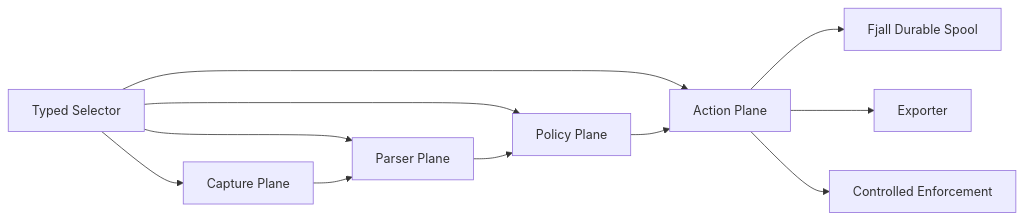
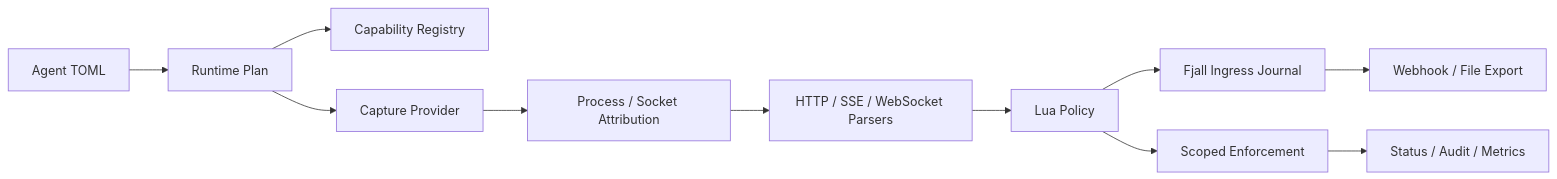
The diagram in README.md (M4n5ter/probe), drawn with Mermaid before and after one commit. The commit also changed other lines of this file and 1 other file, not shown here.

````diff
--- a/README.md
+++ b/README.md
@@ -40,13 +74,13 @@
 ```mermaid
 flowchart LR
-    Selector[Typed Selector] --> Capture[Capture Plane]
-    Selector --> Parser[Parser Plane]
-    Selector --> Policy[Policy Plane]
-    Selector --> Action[Action Plane]
-    Capture --> Parser
-    Parser --> Policy
-    Policy --> Action
-    Action --> Spool[Fjall Durable Spool]
-    Action --> Export[Exporter]
-    Action --> Enforce[Controlled Enforcement]
+    Config[Agent TOML] --> Plan[Runtime Plan]
+    Plan --> Capability[Capability Registry]
+    Plan --> Capture[Capture Provider]
+    Capture --> Attribution[Process / Socket Attribution]
+    Attribution --> Parser[HTTP / SSE / WebSocket Parsers]
+    Parser --> Policy[Lua Policy]
+    Policy --> Spool[Fjall Ingress Journal]
+    Spool --> Export[Webhook / File Export]
+    Policy --> Enforce[Scoped Enforcement]
+    Enforce --> Status[Status / Audit / Metrics]
 ```
````
